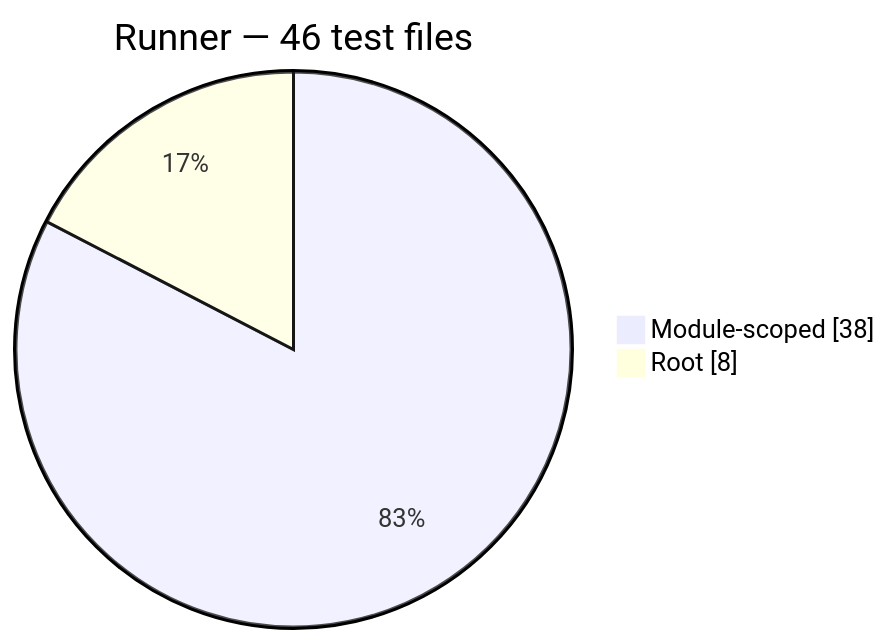
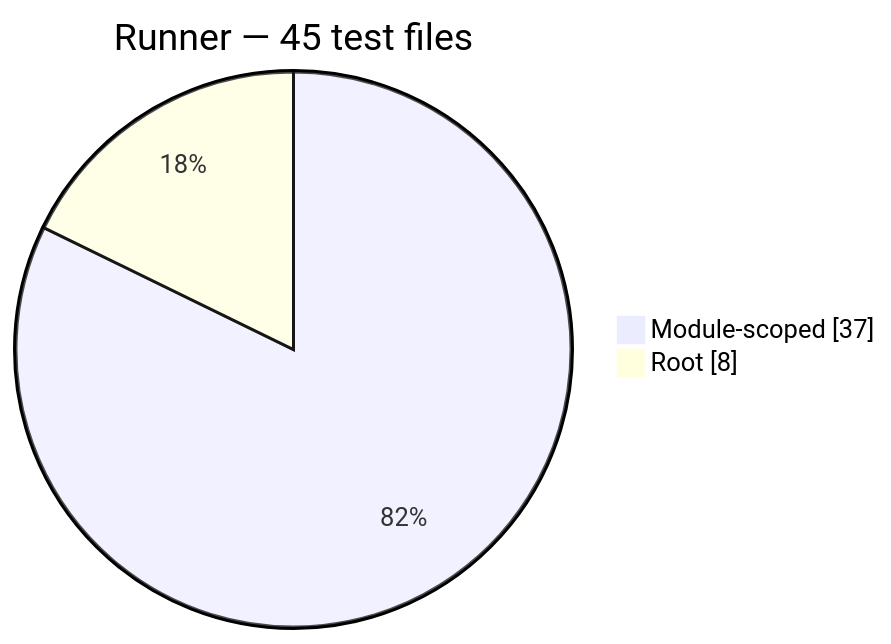
One commit to Mohammed-Alama/php-arazzo changed the ninth of 12 diagrams in docs/generated/test-composition.md. Above: the diagram before and after it, drawn with Mermaid. The commit also changed other lines of this file and 18 other files, not shown here.

````diff
--- a/docs/generated/test-composition.md
+++ b/docs/generated/test-composition.md
@@ -120,6 +122,6 @@
 ```mermaid
 pie showData
-    title Runner — 46 test files
-    "Module-scoped": 38
+    title Runner — 45 test files
+    "Module-scoped": 37
     "Root": 8
 ```
````
